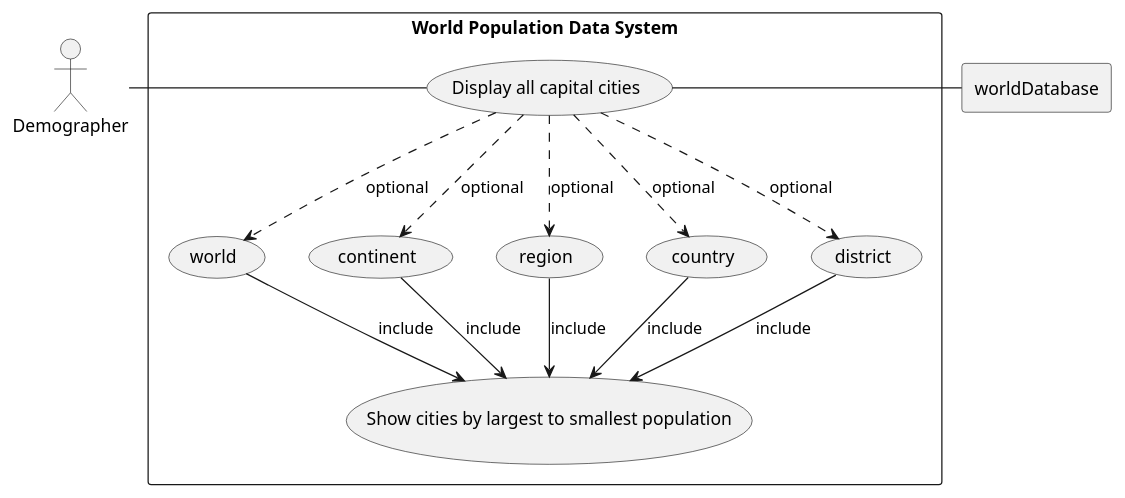
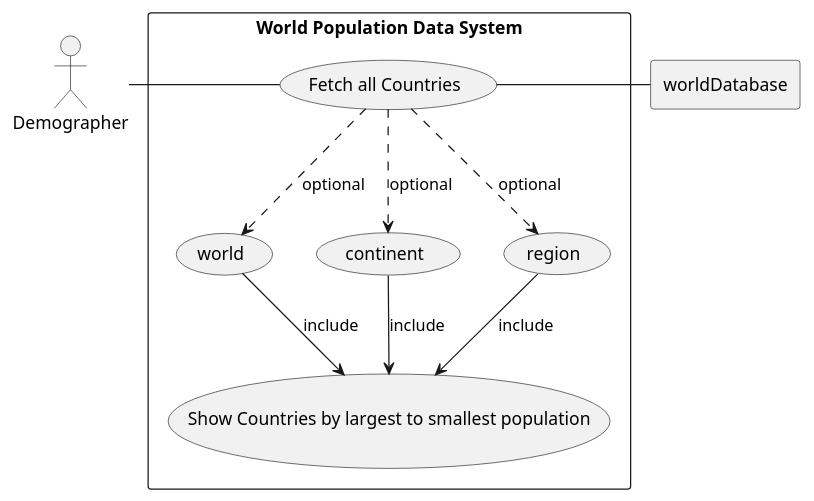
The diagram in population_use_case/countries by population.puml (careykva/Group_4), drawn with PlantUML before and after one commit.

Commit message:
1st use case diagram

```diff
--- a/population_use_case/countries by population.puml
+++ b/population_use_case/countries by population.puml
@@ -1,30 +1,24 @@
 @startuml
 actor AL as "Demographer"
 
 rectangle worldDatabase
 
 rectangle "World Population Data System" {
-	usecase UC6 as "Display all capital cities"
-	usecase UC6.1 as "world"
-	usecase UC6.2 as "continent"
-	usecase UC6.3 as "region"
-	usecase UC6.4 as "country"
-	usecase UC6.5 as "district"
+	usecase UC2 as "Fetch all Countries"
+	usecase UC2.1 as "world"
+	usecase UC2.2 as "continent"
+	usecase UC2.3 as "region"
 
-	usecase UCa as "Show cities by largest to smallest population"
+	usecase UCa as "Show Countries by largest to smallest population"
 
 
-AL - UC6
-UC6 ..> UC6.1 : optional
-    UC6.1 --> UCa : include
-UC6 ..> UC6.2 : optional
-    UC6.2 --> UCa : include
-UC6 ..> UC6.3 : optional
-    UC6.3 --> UCa : include
-UC6 ..> UC6.4 : optional
-    UC6.4 --> UCa : include
-UC6 ..> UC6.5 : optional
-    UC6.5 --> UCa : include
+AL - UC2
+UC2 ..> UC2.1 : optional
+    UC2.1 --> UCa : include
+UC2 ..> UC2.2 : optional
+    UC2.2 --> UCa : include
+UC2 ..> UC2.3 : optional
+    UC2.3 --> UCa : include
 
-UC6 - worldDatabase
+UC2 - worldDatabase
 @enduml
```
